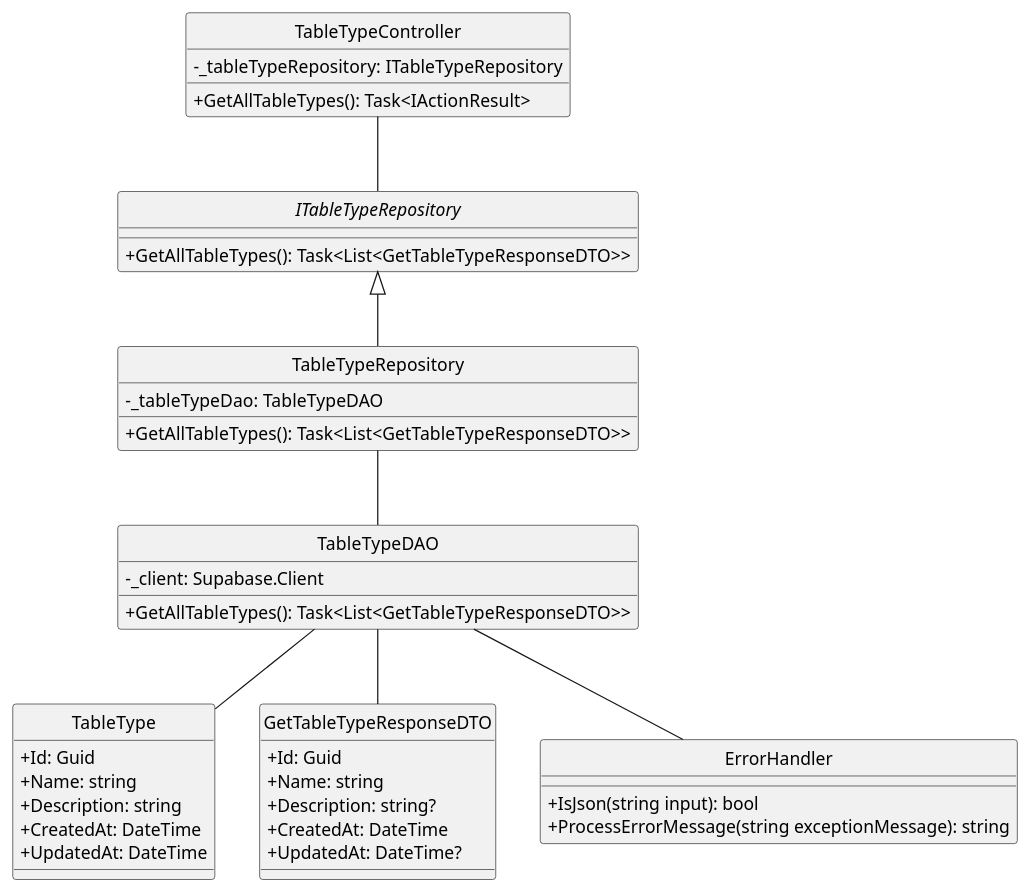
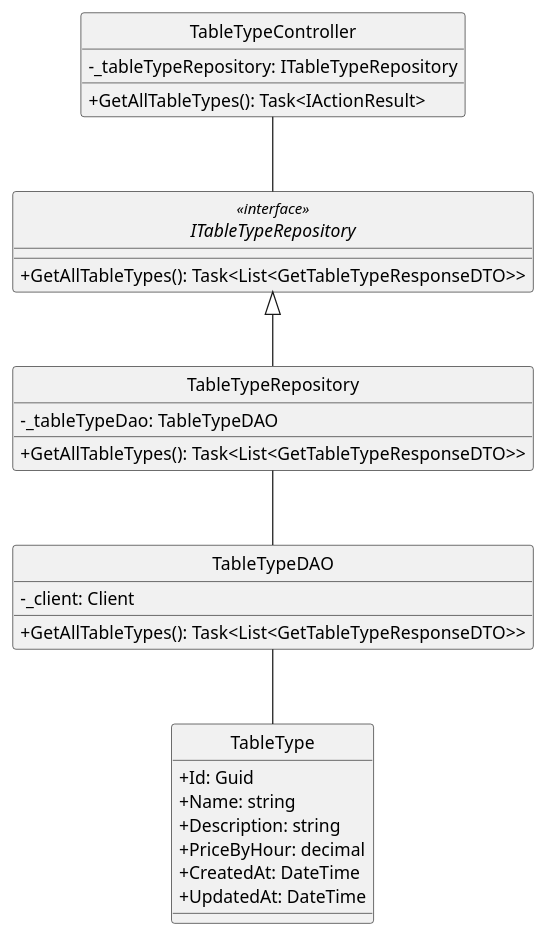
Before and after one commit to minhnhut23/FPT-OBOMS: the diagram in docs/ClassDiagram/TableType/GetAll.plantuml, drawn with PlantUML. The commit also changed 50 other files, not shown here.

Commit message:
Update class diagram of table, type. bill. billdetail

```diff
--- a/docs/ClassDiagram/TableType/GetAll.plantuml
+++ b/docs/ClassDiagram/TableType/GetAll.plantuml
@@ -1,52 +1,38 @@
 @startuml
 hide circle
 skinparam classAttributeIconSize 0
 
 class TableTypeController {
     - _tableTypeRepository: ITableTypeRepository
     + GetAllTableTypes(): Task<IActionResult>
 }
 
-interface ITableTypeRepository {
+interface ITableTypeRepository<<interface>>  {
     + GetAllTableTypes(): Task<List<GetTableTypeResponseDTO>>
 }
 
 class TableTypeRepository {
     - _tableTypeDao: TableTypeDAO
     + GetAllTableTypes(): Task<List<GetTableTypeResponseDTO>>
 }
 
 class TableTypeDAO {
-    - _client: Supabase.Client
+    - _client: Client
     + GetAllTableTypes(): Task<List<GetTableTypeResponseDTO>>
 }
 
 class TableType {
     + Id: Guid
     + Name: string
     + Description: string
+    + PriceByHour: decimal
     + CreatedAt: DateTime
     + UpdatedAt: DateTime
-}
-
-class GetTableTypeResponseDTO {
-    + Id: Guid
-    + Name: string
-    + Description: string?
-    + CreatedAt: DateTime
-    + UpdatedAt: DateTime?
-}
-
-class ErrorHandler {
-    + IsJson(string input): bool
-    + ProcessErrorMessage(string exceptionMessage): string
 }
 
 TableTypeController -- ITableTypeRepository
 ITableTypeRepository <|-- TableTypeRepository
 TableTypeRepository -- TableTypeDAO
+TableTypeDAO -- TableType
 
-TableTypeDAO -- TableType
-TableTypeDAO -- ErrorHandler
-TableTypeDAO -- GetTableTypeResponseDTO
 @enduml
```
